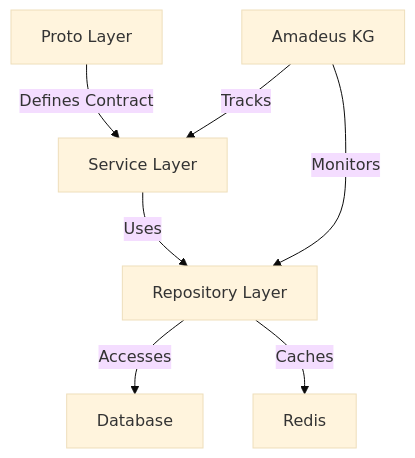
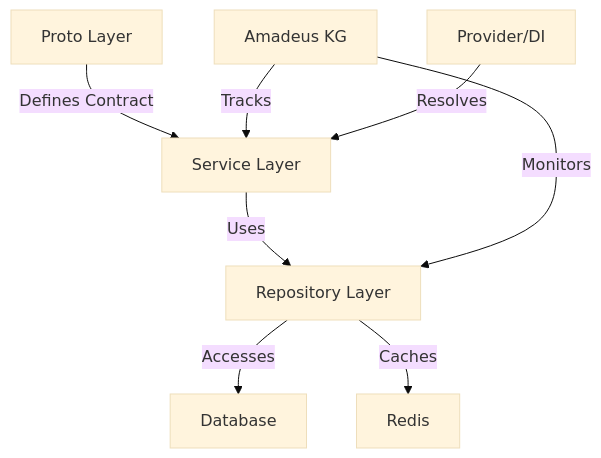
The diagram in docs/services/implementation_pattern.md (nmxmxh/master-ovasabi), drawn with Mermaid (base theme) before and after one commit. The commit also changed other lines of this file and 15 other files, not shown here.

````diff
--- a/docs/services/implementation_pattern.md
+++ b/docs/services/implementation_pattern.md
@@ -10,9 +10,10 @@
 ```mermaid
 graph TD
     A[Proto Layer] -->|Defines Contract| B[Service Layer]
     B -->|Uses| C[Repository Layer]
     C -->|Accesses| D[Database]
     C -->|Caches| E[Redis]
     F[Amadeus KG] -->|Tracks| B
     F -->|Monitors| C
+    G[Provider/DI] -->|Resolves| B
 ```
````
